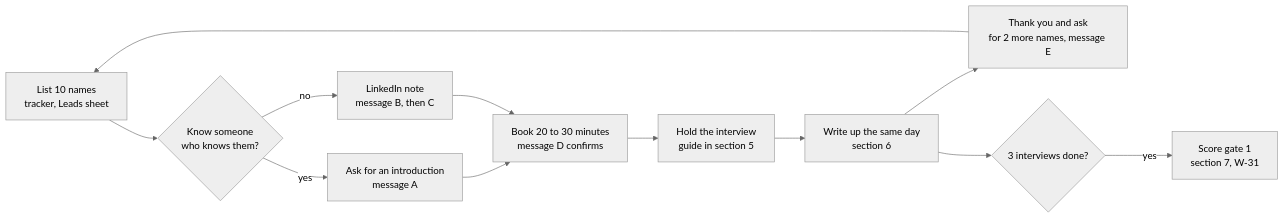
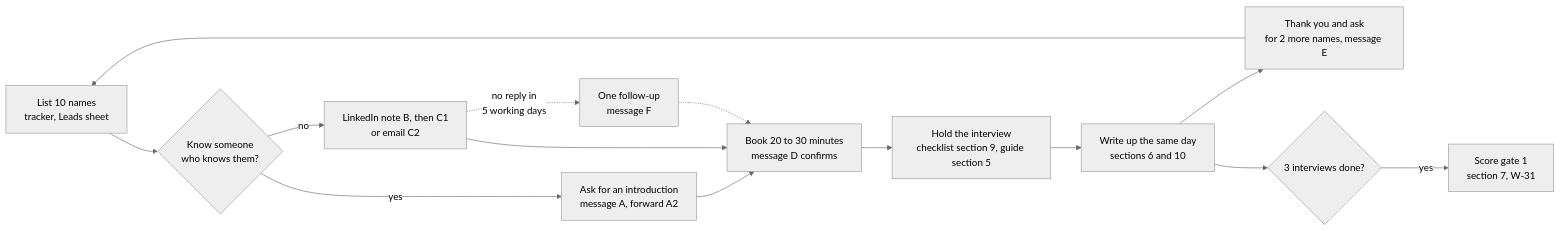
One commit to AhmedAssaf/ERP changed the first of 4 diagrams in docs/15-interview-kit.md. Above: the diagram before and after it, drawn with Mermaid (neutral theme). The commit also changed other lines of this file and 4 other files, not shown here.

````diff
--- a/docs/15-interview-kit.md
+++ b/docs/15-interview-kit.md
@@ -11,14 +19,16 @@
 ```mermaid
 flowchart LR
     L["List 10 names<br/>tracker, Leads sheet"] --> W{"Know someone<br/>who knows them?"}
-    W -->|yes| I["Ask for an introduction<br/>message A"]
-    W -->|no| C["LinkedIn note<br/>message B, then C"]
+    W -->|yes| I["Ask for an introduction<br/>message A, forward A2"]
+    W -->|no| C["LinkedIn note B, then C1<br/>or email C2"]
+    C -.->|"no reply in<br/>5 working days"| F["One follow-up<br/>message F"]
     I --> B["Book 20 to 30 minutes<br/>message D confirms"]
     C --> B
-    B --> H["Hold the interview<br/>guide in section 5"]
-    H --> U["Write up the same day<br/>section 6"]
+    F -.-> B
+    B --> H["Hold the interview<br/>checklist section 9, guide section 5"]
+    H --> U["Write up the same day<br/>sections 6 and 10"]
     U --> T["Thank you and ask<br/>for 2 more names, message E"]
     T --> L
     U --> G{"3 interviews done?"}
     G -->|yes| S["Score gate 1<br/>section 7, W-31"]
 ```
````
